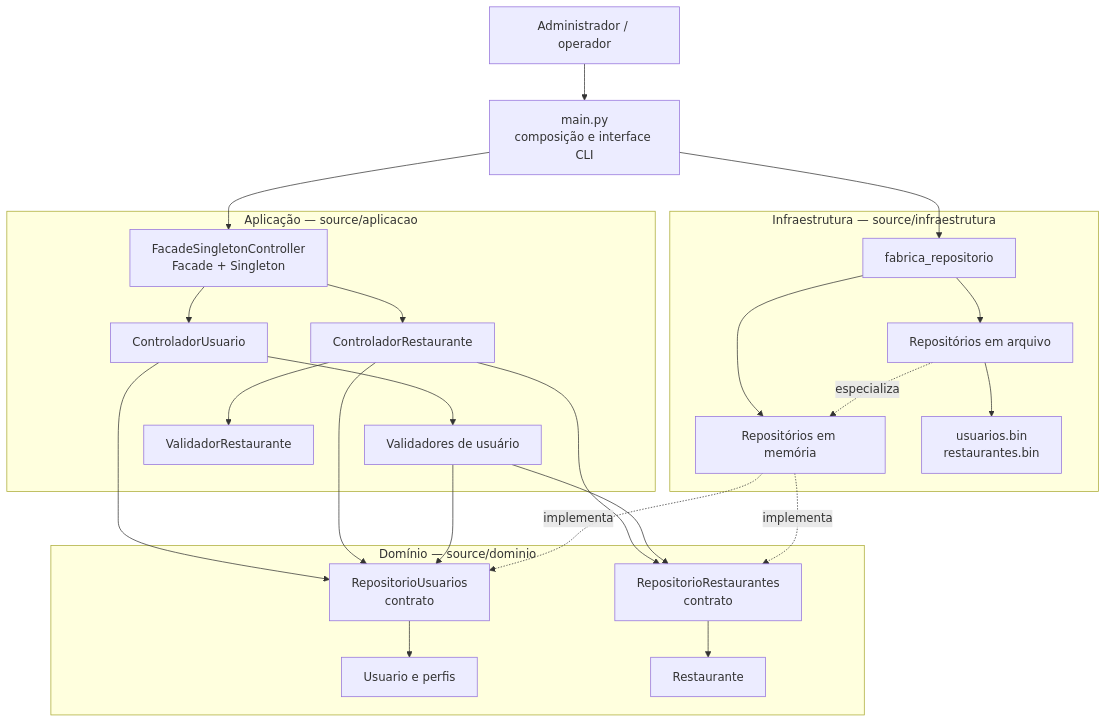
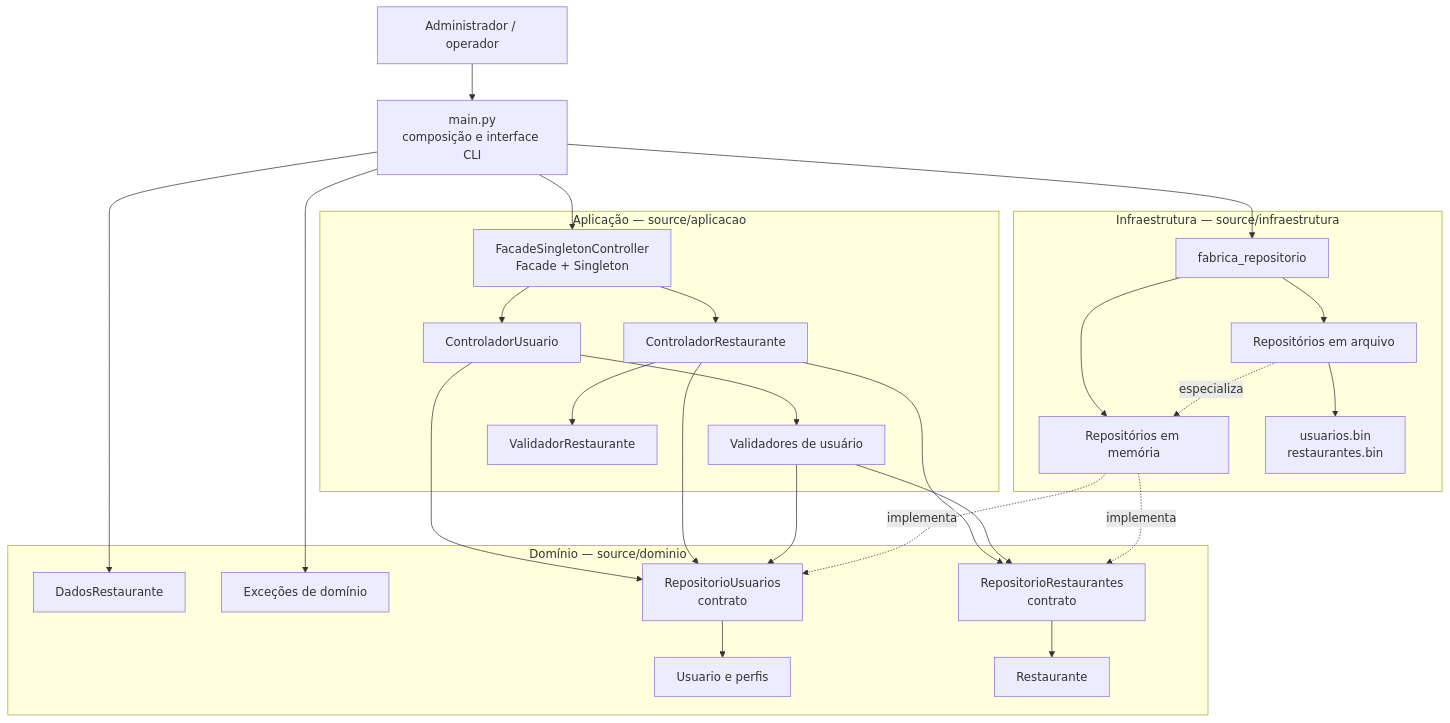
The diagram in docs/07-arquitetura/arquitetura-logica.md (henriquesantos007/Sistema-de-Agendamento-de-Almoco), drawn with Mermaid before and after one commit. The commit also changed other lines of this file and 1 other file, not shown here.

Commit message:
docs(arquitetura): alinhar arquitetura à implementação

````diff
--- a/docs/07-arquitetura/arquitetura-logica.md
+++ b/docs/07-arquitetura/arquitetura-logica.md
@@ -11,48 +11,52 @@
 ```mermaid
 flowchart TB
     Cliente["Administrador / operador"]
     Main["main.py<br/>composição e interface CLI"]
 
     subgraph Aplicacao["Aplicação — source/aplicacao"]
         Facade["FacadeSingletonController<br/>Facade + Singleton"]
         CUsuario["ControladorUsuario"]
         CRestaurante["ControladorRestaurante"]
         VUsuario["Validadores de usuário"]
         VRestaurante["ValidadorRestaurante"]
     end
 
     subgraph Dominio["Domínio — source/dominio"]
         Usuario["Usuario e perfis"]
         Restaurante["Restaurante"]
+        DadosRestaurante["DadosRestaurante"]
+        Erros["Exceções de domínio"]
         RUsuarios["RepositorioUsuarios<br/>contrato"]
         RRestaurantes["RepositorioRestaurantes<br/>contrato"]
     end
 
     subgraph Infra["Infraestrutura — source/infraestrutura"]
         Fabrica["fabrica_repositorio"]
         Memoria["Repositórios em memória"]
         Arquivo["Repositórios em arquivo"]
         Dados["usuarios.bin<br/>restaurantes.bin"]
     end
 
     Cliente --> Main
     Main --> Fabrica
     Main --> Facade
+    Main --> DadosRestaurante
+    Main --> Erros
     Facade --> CUsuario
     Facade --> CRestaurante
     CUsuario --> VUsuario
     CRestaurante --> VRestaurante
     CUsuario --> RUsuarios
     CRestaurante --> RRestaurantes
     CRestaurante --> RUsuarios
     VUsuario --> RUsuarios
     VUsuario --> RRestaurantes
     RUsuarios --> Usuario
     RRestaurantes --> Restaurante
     Fabrica --> Memoria
     Fabrica --> Arquivo
     Memoria -. implementa .-> RUsuarios
     Memoria -. implementa .-> RRestaurantes
     Arquivo -. especializa .-> Memoria
     Arquivo --> Dados
 ```
````
